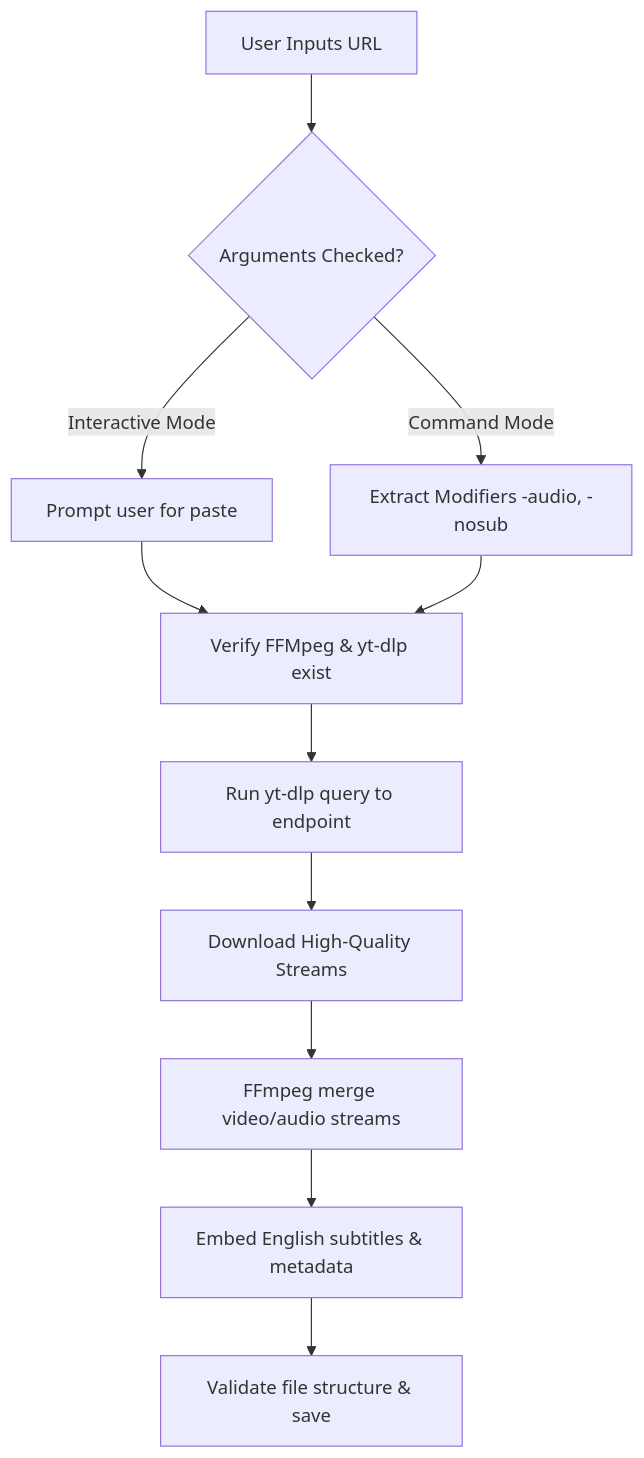
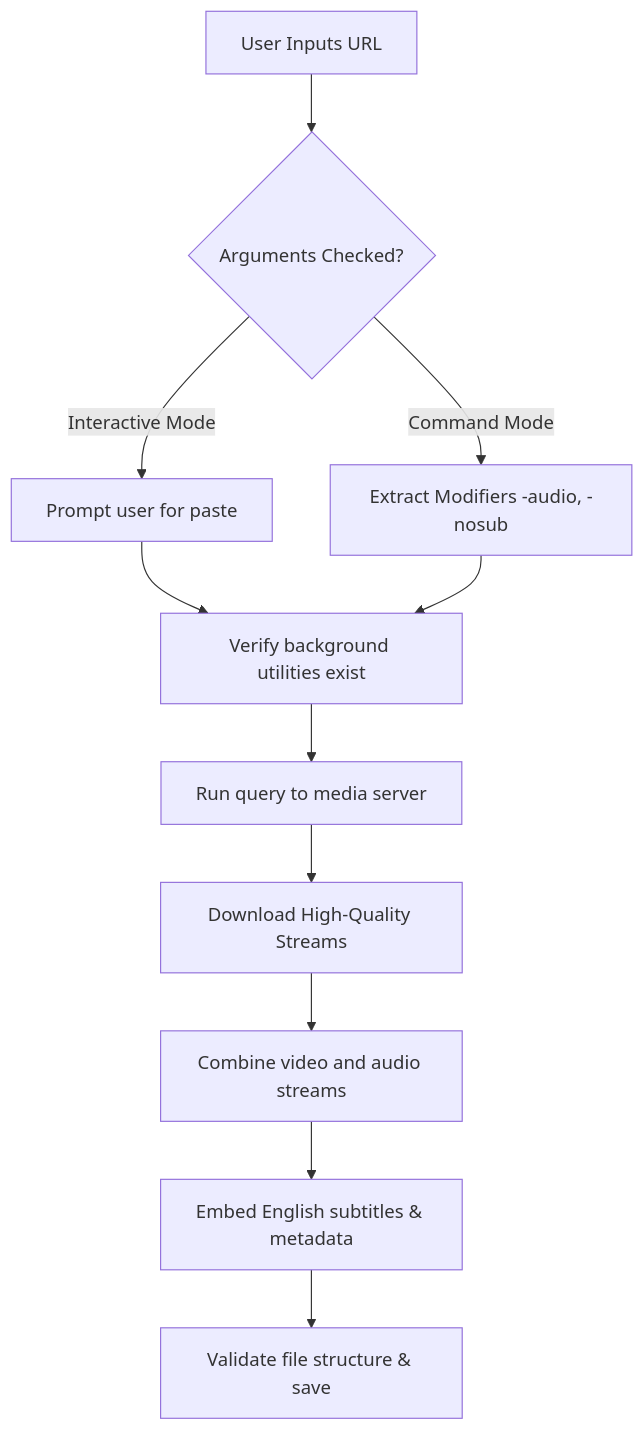
One commit to JakkaMadhu/Social-Media-Downloader changed the diagram in README.md. Above: the diagram before and after it, drawn with Mermaid. The commit also changed other lines of this file, not shown here.

Commit message:
Complete rebrand to Social Media Downloader with grab CLI

````diff
--- a/README.md
+++ b/README.md
@@ -124,13 +124,13 @@
 ```mermaid
 graph TD
     A[User Inputs URL] --> B{Arguments Checked?}
     B -->|Interactive Mode| C[Prompt user for paste]
     B -->|Command Mode| D[Extract Modifiers -audio, -nosub]
-    C --> E[Verify FFMpeg & yt-dlp exist]
+    C --> E[Verify background utilities exist]
     D --> E
-    E --> F[Run yt-dlp query to endpoint]
+    E --> F[Run query to media server]
     F --> G[Download High-Quality Streams]
-    G --> H[FFmpeg merge video/audio streams]
+    G --> H[Combine video and audio streams]
     H --> I[Embed English subtitles & metadata]
     I --> J[Validate file structure & save]
 ```
````
